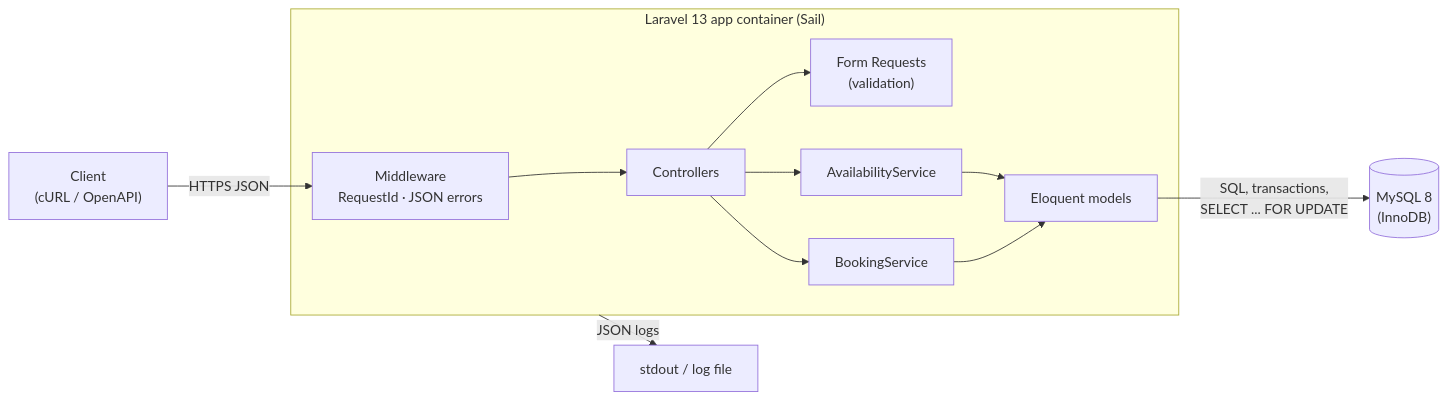
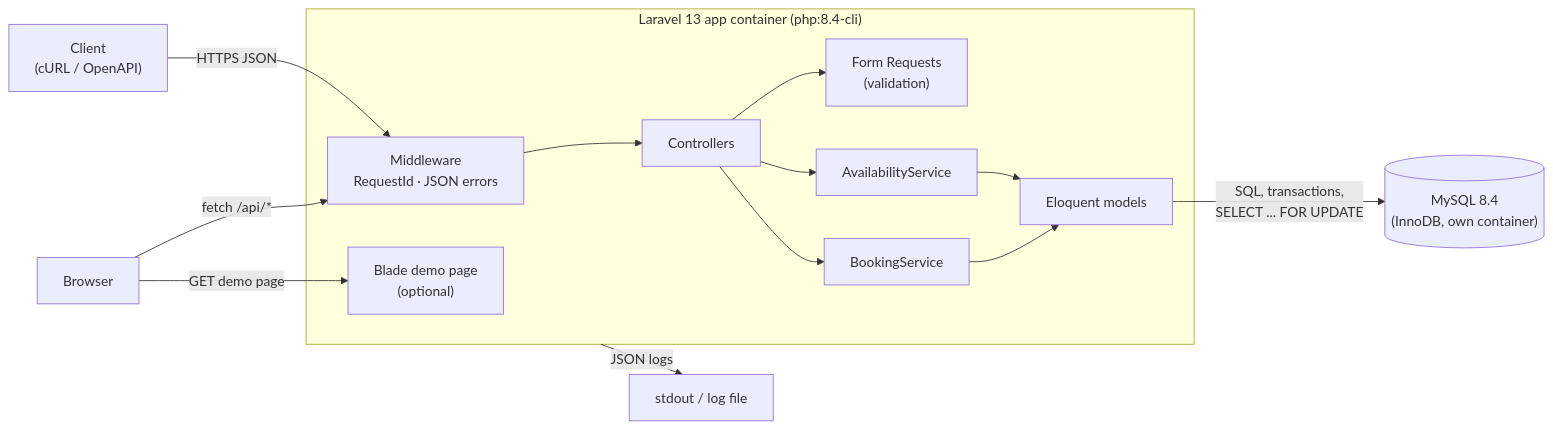
The first of 3 diagrams in docs/DESIGN.md (Truongpyeo/keyloop-service-scheduler), drawn with Mermaid before and after one commit. The commit also changed other lines of this file and 1 other file, not shown here.

Commit message:
Refine design after AI-assisted review; add Docker and demo harness decisions

````diff
--- a/docs/DESIGN.md
+++ b/docs/DESIGN.md
@@ -21,14 +24,17 @@
 ```mermaid
 flowchart LR
     Client["Client<br/>(cURL / OpenAPI)"] -->|HTTPS JSON| MW
-    subgraph App["Laravel 13 app container (Sail)"]
+    Browser["Browser"] -->|GET demo page| Demo
+    Browser -->|fetch /api/*| MW
+    subgraph App["Laravel 13 app container (php:8.4-cli)"]
+        Demo["Blade demo page<br/>(optional)"]
         MW["Middleware<br/>RequestId · JSON errors"] --> C["Controllers"]
         C --> FR["Form Requests<br/>(validation)"]
         C --> AS["AvailabilityService"]
         C --> BS["BookingService"]
         AS --> M["Eloquent models"]
         BS --> M
     end
-    M -->|SQL, transactions,<br/>SELECT ... FOR UPDATE| DB[("MySQL 8<br/>(InnoDB)")]
+    M -->|SQL, transactions,<br/>SELECT ... FOR UPDATE| DB[("MySQL 8.4<br/>(InnoDB, own container)")]
     App -->|JSON logs| Out["stdout / log file"]
 ```
````
